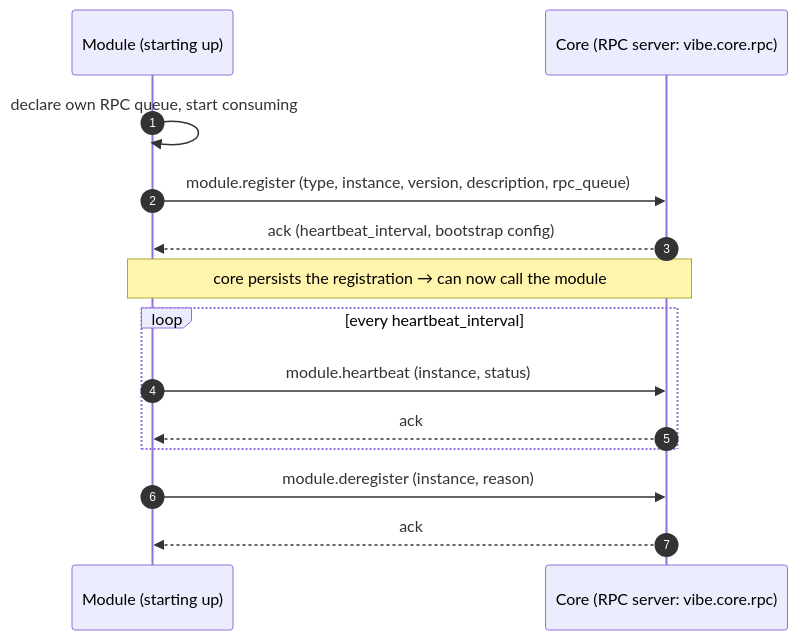
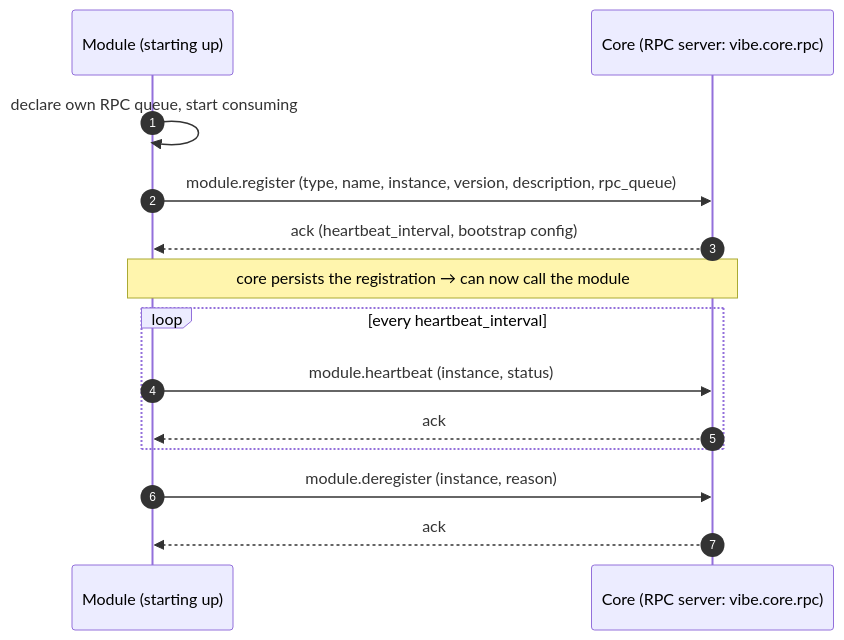
The first of 2 diagrams in src/content/docs/contracts/module-lifecycle.md (vibe-c2/vibe-c2-docs), drawn with Mermaid before and after one commit. The commit also changed other lines of this file and 1 other file, not shown here.

First line of the commit message:
docs(module-lifecycle): add module_name identity field

````diff
--- a/src/content/docs/contracts/module-lifecycle.md
+++ b/src/content/docs/contracts/module-lifecycle.md
@@ -22,16 +22,16 @@
 ```mermaid
 sequenceDiagram
     autonumber
     participant M as Module (starting up)
     participant CORE as Core (RPC server: vibe.core.rpc)
     M->>M: declare own RPC queue, start consuming
-    M->>CORE: module.register (type, instance, version, description, rpc_queue)
+    M->>CORE: module.register (type, name, instance, version, description, rpc_queue)
     CORE-->>M: ack (heartbeat_interval, bootstrap config)
     Note over CORE,M: core persists the registration → can now call the module
     loop every heartbeat_interval
         M->>CORE: module.heartbeat (instance, status)
         CORE-->>M: ack
     end
     M->>CORE: module.deregister (instance, reason)
     CORE-->>M: ack
 ```
````
